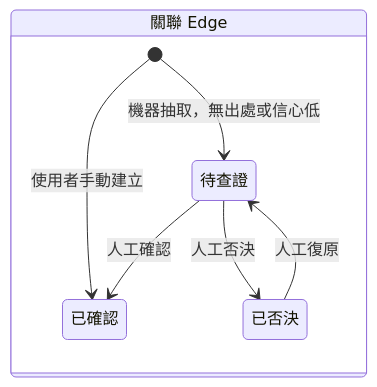
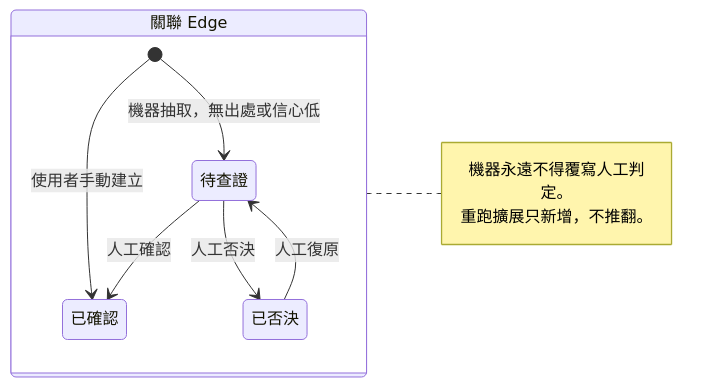
One commit to SpringRain555/cyclosa changed the fourth of 4 diagrams in docs/architecture/state-machines.md. Above: the diagram before and after it, drawn with Mermaid. The commit also changed 39 other files, not shown here.

````diff
--- a/docs/architecture/state-machines.md
+++ b/docs/architecture/state-machines.md
@@ -104,11 +104,12 @@
 ```mermaid
 stateDiagram-v2
   direction LR
   state "關聯 Edge" as E {
     [*] --> 待查證 : 機器抽取，無出處或信心低
     [*] --> 已確認 : 使用者手動建立
     待查證 --> 已確認 : 人工確認
     待查證 --> 已否決 : 人工否決
     已否決 --> 待查證 : 人工復原
   }
+  note right of E : 機器永遠不得覆寫人工判定。<br/>重跑擴展只新增，不推翻。
 ```
````
